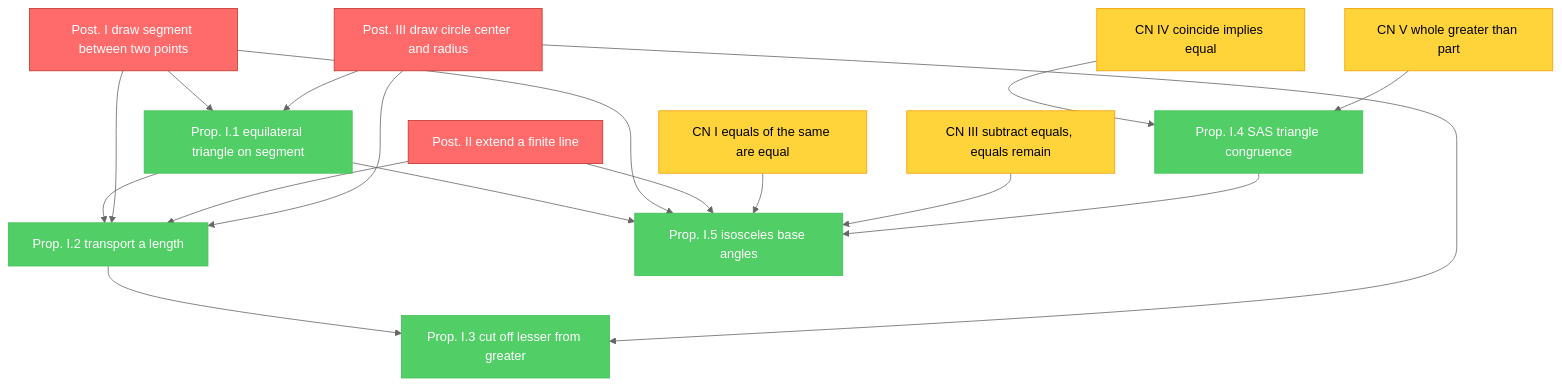
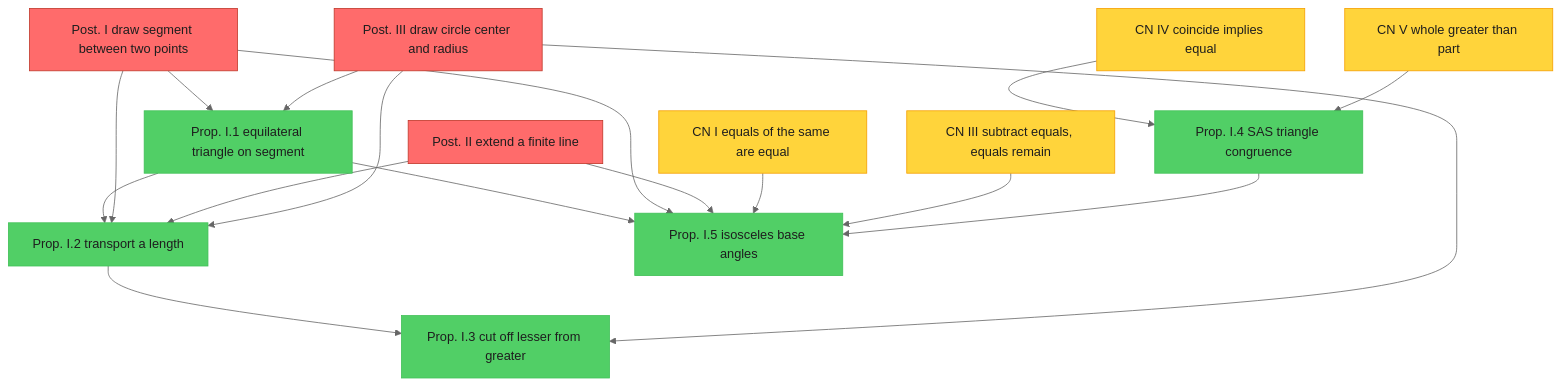
Before and after one commit to garywelz/progframe: the second of 8 diagrams in collaborations/mathematics-database/algorithms-axiomatic-theories-proofs-revised.md, drawn with Mermaid (neutral theme). The commit also changed other lines of this file and 12 other files, not shown here.

First line of the commit message:
Fix invisible figure labels: dark text on GLMP fills

````diff
--- a/collaborations/mathematics-database/algorithms-axiomatic-theories-proofs-revised.md
+++ b/collaborations/mathematics-database/algorithms-axiomatic-theories-proofs-revised.md
@@ -166,37 +166,37 @@
 ```mermaid
 flowchart TD
     P1["Post. I draw segment between two points"]
     P2["Post. II extend a finite line"]
     P3["Post. III draw circle center and radius"]
     CN1["CN I equals of the same are equal"]
     CN3["CN III subtract equals, equals remain"]
     CN4["CN IV coincide implies equal"]
     CN5["CN V whole greater than part"]
     Prop1["Prop. I.1 equilateral triangle on segment"]
     Prop2["Prop. I.2 transport a length"]
     Prop3["Prop. I.3 cut off lesser from greater"]
     Prop4["Prop. I.4 SAS triangle congruence"]
     Prop5["Prop. I.5 isosceles base angles"]
     P1 --> Prop1
     P3 --> Prop1
     Prop1 --> Prop2
     P1 --> Prop2
     P2 --> Prop2
     P3 --> Prop2
     Prop2 --> Prop3
     P3 --> Prop3
     CN4 --> Prop4
     CN5 --> Prop4
     Prop1 --> Prop5
     P1 --> Prop5
     P2 --> Prop5
     CN1 --> Prop5
     CN3 --> Prop5
     Prop4 --> Prop5
-    classDef red fill:#ff6b6b,color:#fff,stroke:#c0392b
-    classDef yellow fill:#ffd43b,color:#000,stroke:#f59f00
-    classDef green fill:#51cf66,color:#fff,stroke:#40c057
+    classDef red fill:#ff6b6b,color:#1e1e1e,stroke:#c0392b
+    classDef yellow fill:#ffd43b,color:#1e1e1e,stroke:#f59f00
+    classDef green fill:#51cf66,color:#1e1e1e,stroke:#40c057
     class P1,P2,P3 red
     class CN1,CN3,CN4,CN5 yellow
     class Prop1,Prop2,Prop3,Prop4,Prop5 green
 ```
````
